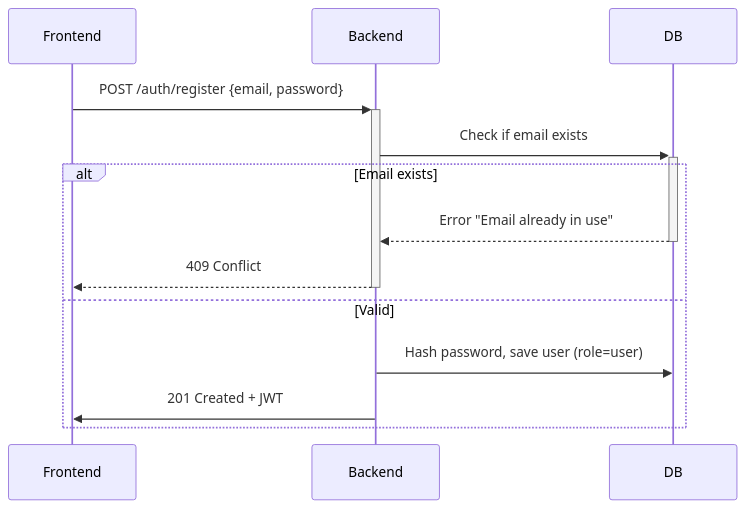
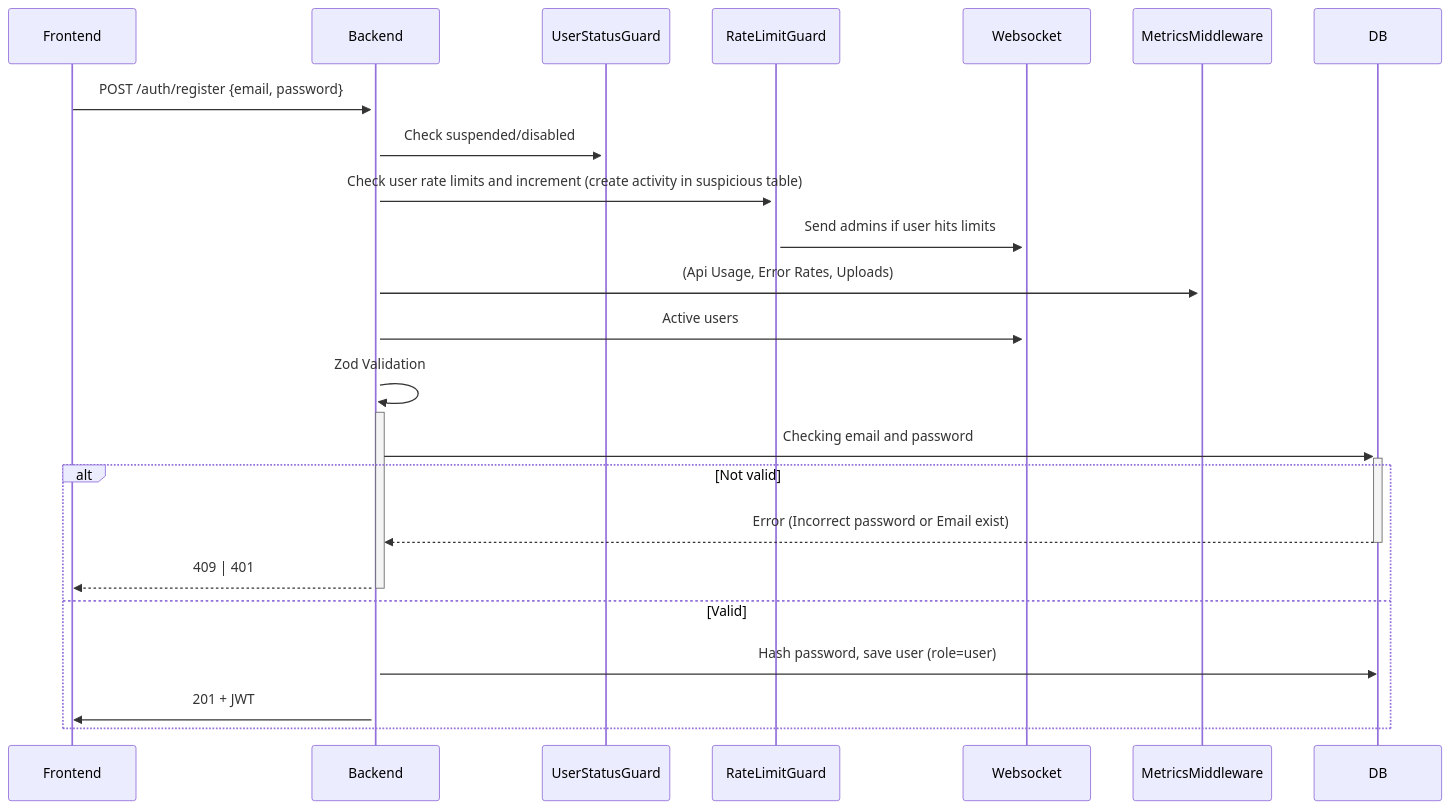
Before and after one commit to Xayrulloh/Feedback-Sentiment: the first of 26 diagrams in README.md, drawn with Mermaid. The commit also changed other lines of this file and 2 other files, not shown here.

````diff
--- a/README.md
+++ b/README.md
@@ -99,12 +110,18 @@
 ```mermaid
 sequenceDiagram
     Frontend->>+Backend: POST /auth/register {email, password}
-    Backend->>+DB: Check if email exists
-    alt Email exists
-        DB-->>-Backend: Error "Email already in use"
-        Backend-->>-Frontend: 409 Conflict
+    Backend->>+UserStatusGuard: Check suspended/disabled
+    Backend->>+RateLimitGuard: Check user rate limits and increment (create activity in suspicious table)
+    RateLimitGuard->>+Websocket: Send admins if user hits limits
+    Backend->>+MetricsMiddleware: (Api Usage, Error Rates, Uploads)
+    Backend->>+Websocket: Active users
+    Backend->>+Backend: Zod Validation
+    Backend->>+DB: Checking email and password
+    alt Not valid
+        DB-->>-Backend: Error (Incorrect password or Email exist)
+        Backend-->>-Frontend: 409 | 401
     else Valid
         Backend->>DB: Hash password, save user (role=user)
-        Backend->>Frontend: 201 Created + JWT
+        Backend->>Frontend: 201 + JWT
     end
 ```
````
